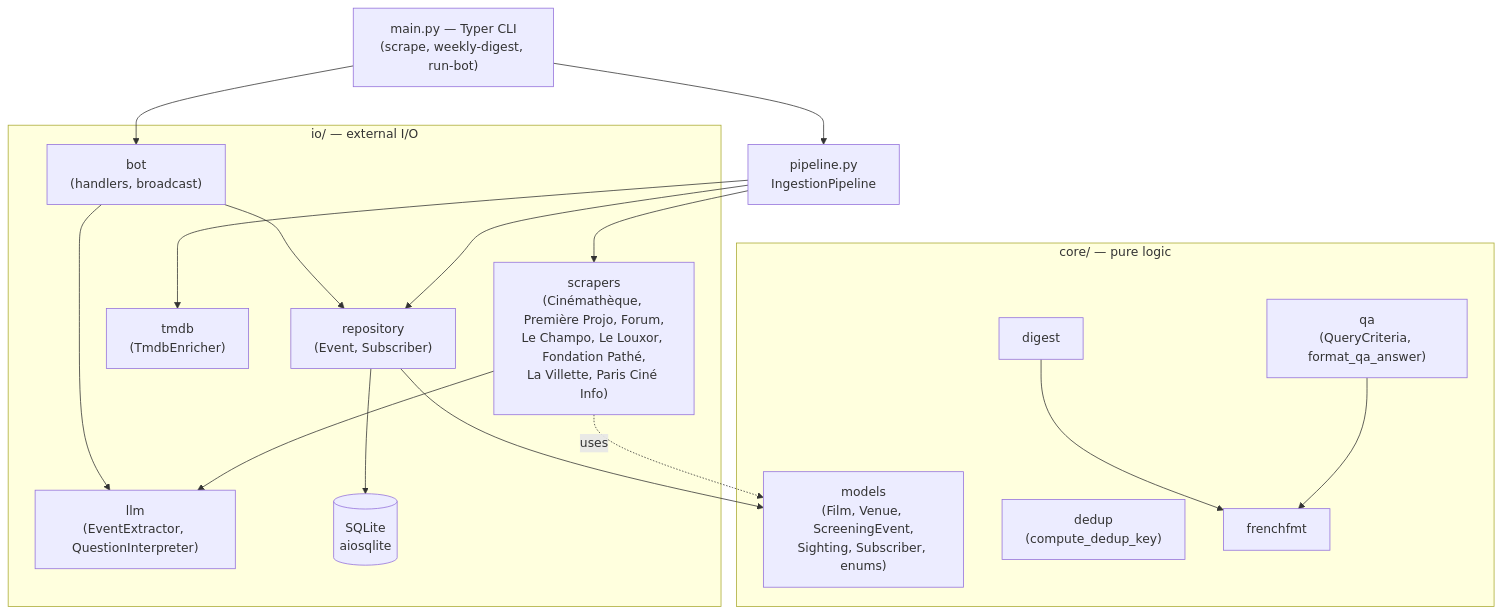
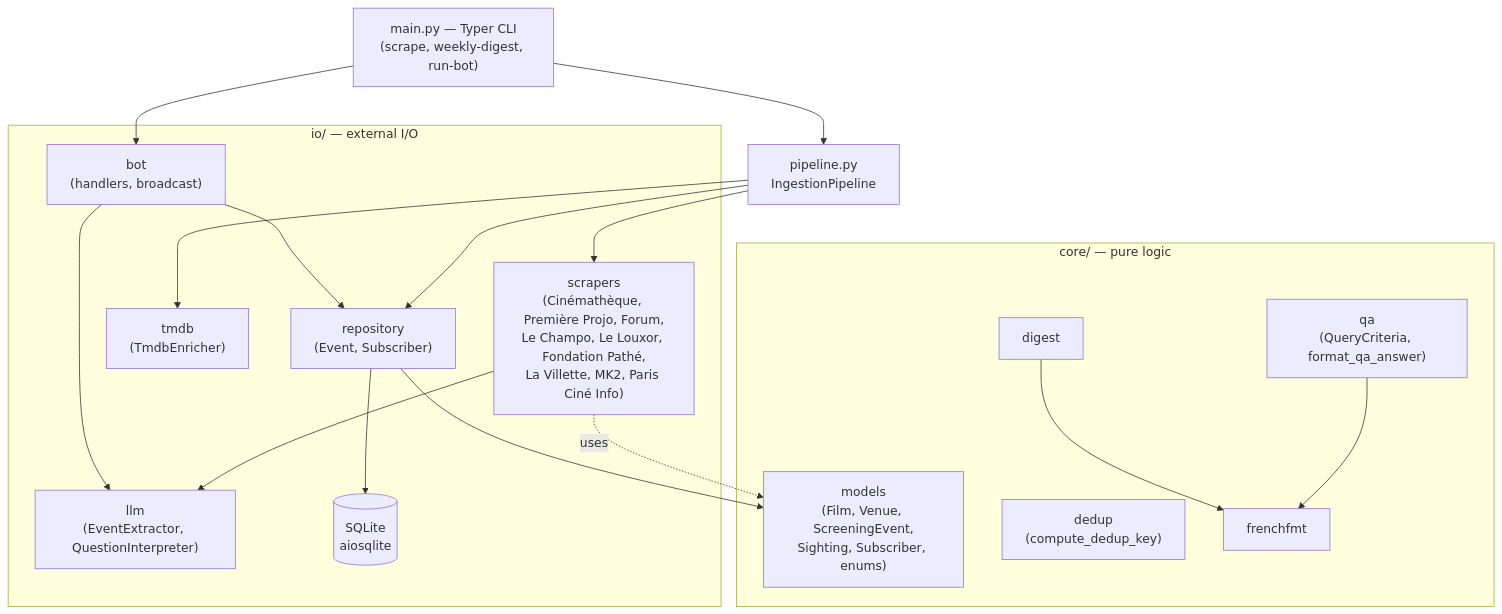
Before and after one commit to Pierrafrom/lanterne: the first of 3 diagrams in docs/architecture.md, drawn with Mermaid. The commit also changed 8 other files, not shown here.

````diff
--- a/docs/architecture.md
+++ b/docs/architecture.md
@@ -23,37 +23,37 @@
 ```mermaid
 flowchart TD
     CLI["main.py — Typer CLI<br/>(scrape, weekly-digest, run-bot)"]
 
     subgraph core["core/ — pure logic"]
         models["models<br/>(Film, Venue, ScreeningEvent,<br/>Sighting, Subscriber, enums)"]
         dedup["dedup<br/>(compute_dedup_key)"]
         qa["qa<br/>(QueryCriteria, format_qa_answer)"]
         digest["digest"]
         frenchfmt["frenchfmt"]
     end
 
     subgraph io["io/ — external I/O"]
-        scrapers["scrapers<br/>(Cinémathèque, Première Projo, Forum,<br/>Le Champo, Le Louxor, Fondation Pathé,<br/>La Villette, Paris Ciné Info)"]
+        scrapers["scrapers<br/>(Cinémathèque, Première Projo, Forum,<br/>Le Champo, Le Louxor, Fondation Pathé,<br/>La Villette, MK2, Paris Ciné Info)"]
         llm["llm<br/>(EventExtractor, QuestionInterpreter)"]
         tmdb["tmdb<br/>(TmdbEnricher)"]
         repo["repository<br/>(Event, Subscriber)"]
         db[("SQLite<br/>aiosqlite")]
         bot["bot<br/>(handlers, broadcast)"]
     end
 
     pipeline["pipeline.py<br/>IngestionPipeline"]
 
     CLI --> pipeline
     CLI --> bot
     pipeline --> scrapers
     pipeline --> tmdb
     pipeline --> repo
     scrapers --> llm
     repo --> db
     bot --> repo
     bot --> llm
     scrapers -.uses.-> models
     repo --> models
     qa --> frenchfmt
     digest --> frenchfmt
 ```
````
